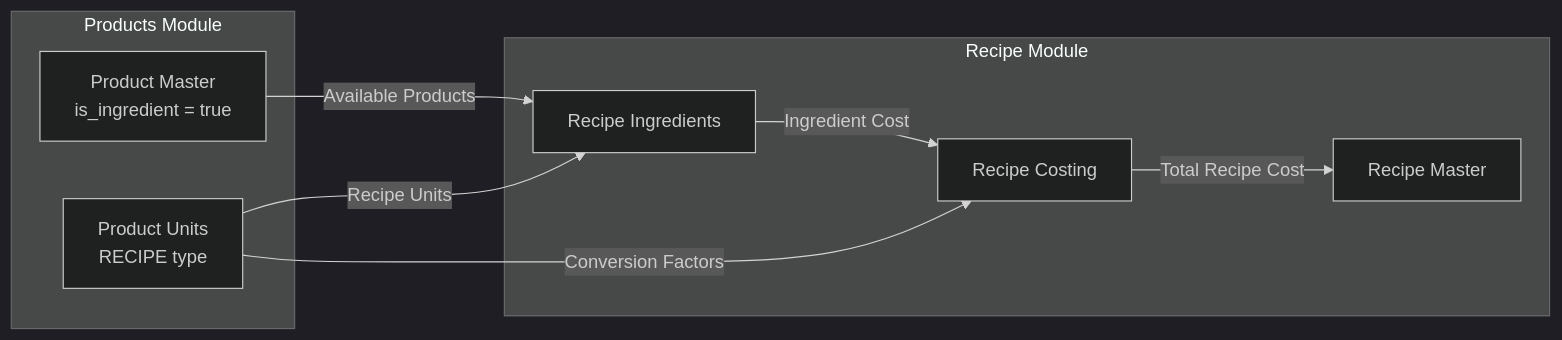
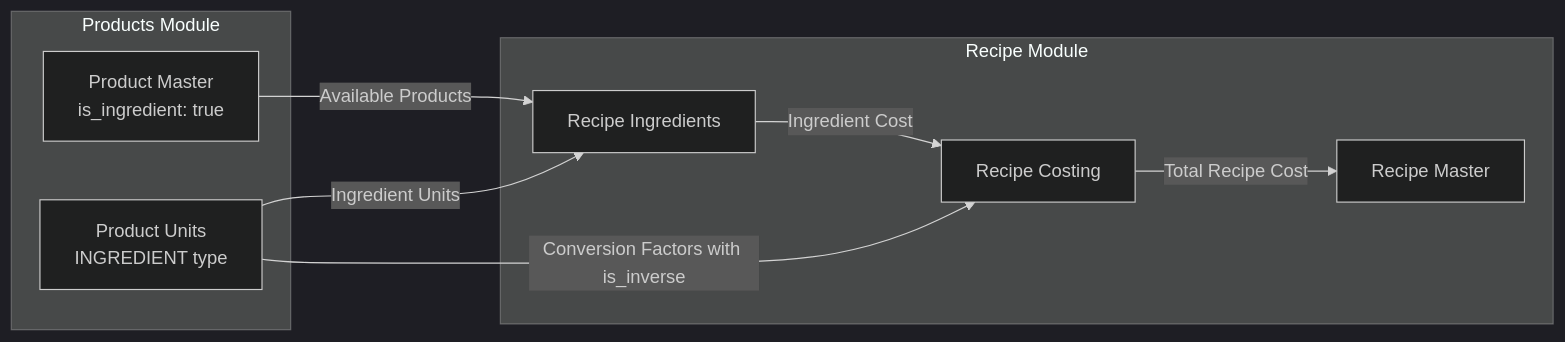
Before and after one commit to PeakMNA/carmen: diagram 17 of 20 in docs/app/product-management/products/FD-products.md, drawn with Mermaid (dark theme). The commit also changed other lines of this file and 473 other files, not shown here.

````diff
--- a/docs/app/product-management/products/FD-products.md
+++ b/docs/app/product-management/products/FD-products.md
@@ -631,20 +624,20 @@
 ```mermaid
-flowchart LR
+graph LR
     subgraph Products Module
-        PM[Product Master<br>is_ingredient = true]
-        PU[Product Units<br>RECIPE type]
+        PM[Product Master<br>is_ingredient: true]
+        PU[Product Units<br>INGREDIENT type]
     end
 
     subgraph Recipe Module
         Recipe[Recipe Master]
         Ingredient[Recipe Ingredients]
         Cost[Recipe Costing]
     end
 
     PM -->|Available Products| Ingredient
-    PU -->|Recipe Units| Ingredient
-    PU -->|Conversion Factors| Cost
+    PU -->|Ingredient Units| Ingredient
+    PU -->|Conversion Factors with is_inverse| Cost
 
     Ingredient -->|Ingredient Cost| Cost
     Cost -->|Total Recipe Cost| Recipe
 ```
````
